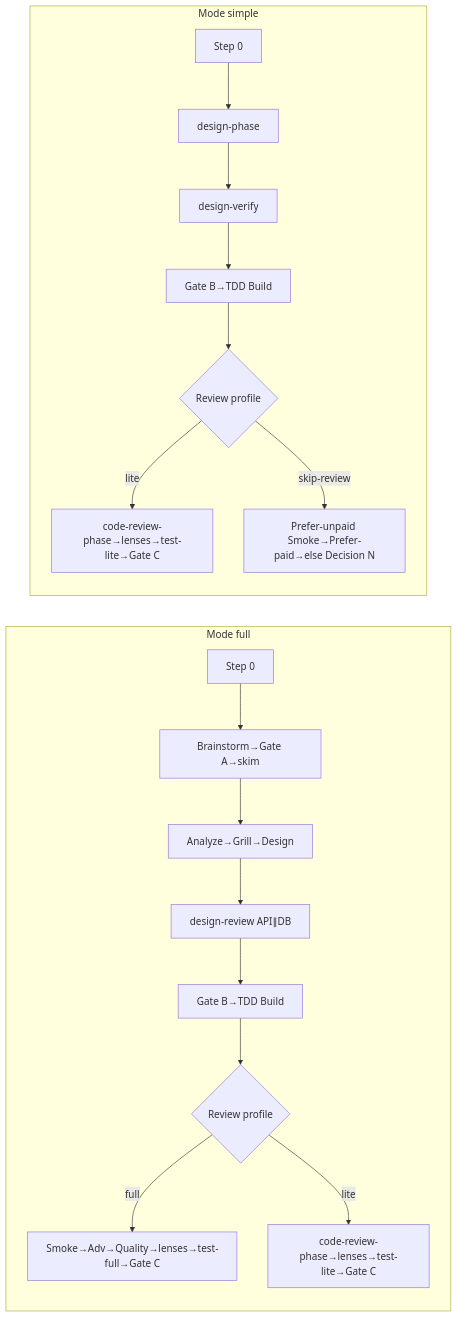
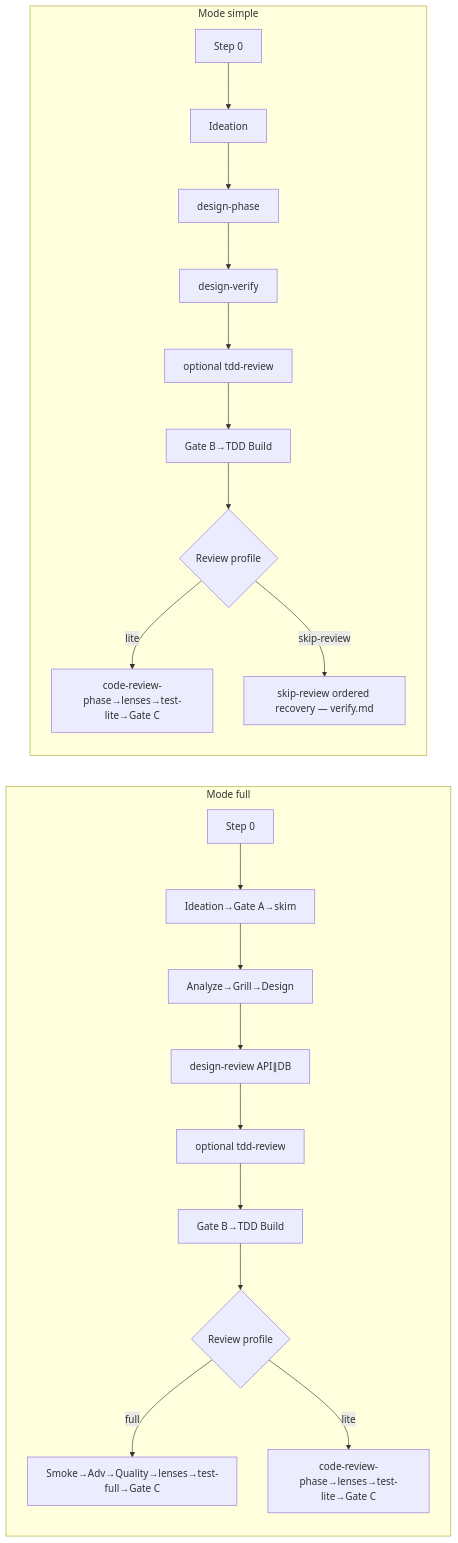
One commit to ezcafe/dotfiles changed the diagram in AI/skills/my-dev-flow-v3/stages.md. Above: the diagram before and after it, drawn with Mermaid. The commit also changed other lines of this file and 82 other files, not shown here.

First line of the commit message:
Enhance 'my-dev-flow' documentation with updates to brainstorming, clarity-check, and derive-next processes

````diff
--- a/AI/skills/my-dev-flow-v3/stages.md
+++ b/AI/skills/my-dev-flow-v3/stages.md
@@ -28,20 +29,23 @@
 ```mermaid
 flowchart LR
   subgraph full [Mode full]
-    F0[Step 0] --> F1[Brainstorm→Gate A→skim]
+    F0[Step 0] --> F1[Ideation→Gate A→skim]
     F1 --> F2[Analyze→Grill→Design]
     F2 --> F3[design-review API∥DB]
-    F3 --> F4[Gate B→TDD Build]
+    F3 --> F3a[optional tdd-review]
+    F3a --> F4[Gate B→TDD Build]
     F4 --> F5{Review profile}
     F5 -->|full| F6[Smoke→Adv→Quality→lenses→test-full→Gate C]
     F5 -->|lite| F7[code-review-phase→lenses→test-lite→Gate C]
   end
   subgraph simple [Mode simple]
-    S0[Step 0] --> S1[design-phase]
+    S0[Step 0] --> S0a[Ideation]
+    S0a --> S1[design-phase]
     S1 --> S2[design-verify]
-    S2 --> S3[Gate B→TDD Build]
+    S2 --> S2a[optional tdd-review]
+    S2a --> S3[Gate B→TDD Build]
     S3 --> S4{Review profile}
     S4 -->|lite| S5[code-review-phase→lenses→test-lite→Gate C]
-    S4 -->|skip-review| S6[Prefer-unpaid Smoke→Prefer-paid→else Decision N]
+    S4 -->|skip-review| S6[skip-review ordered recovery — verify.md]
   end
 ```
````
